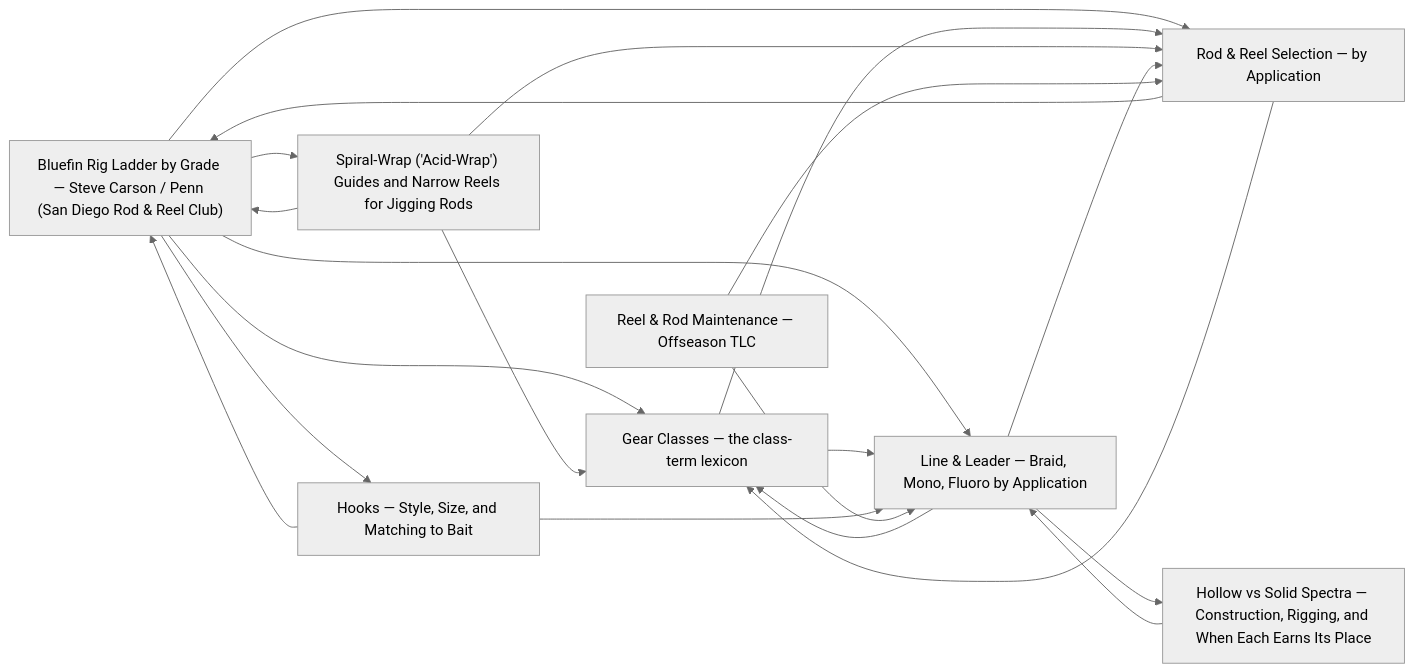
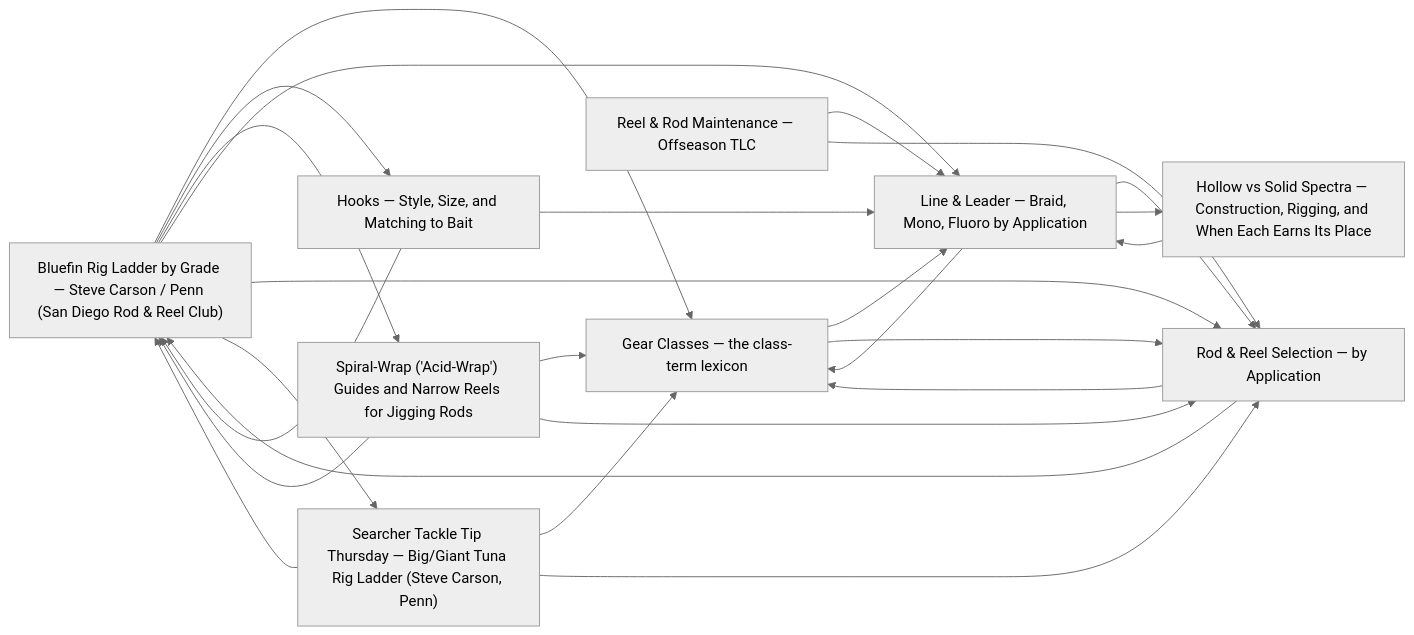
The diagram in tackle/README.md (camchuckpete-max/Socal-Fishing-Knowledge), drawn with Mermaid (neutral theme) before and after one commit. The commit also changed other lines of this file and 12 other files, not shown here.

````diff
--- a/tackle/README.md
+++ b/tackle/README.md
@@ -21,31 +22,36 @@
 ```mermaid
 graph LR
   n0["Bluefin Rig Ladder by Grade — Steve Carson / Penn (San Diego Rod & Reel Club)"]
   n1["Gear Classes — the class-term lexicon"]
   n2["Hooks — Style, Size, and Matching to Bait"]
   n3["Spiral-Wrap ('Acid-Wrap') Guides and Narrow Reels for Jigging Rods"]
   n4["Line & Leader — Braid, Mono, Fluoro by Application"]
   n5["Reel & Rod Maintenance — Offseason TLC"]
   n6["Rod & Reel Selection — by Application"]
-  n7["Hollow vs Solid Spectra — Construction, Rigging, and When Each Earns Its Place"]
+  n7["Searcher Tackle Tip Thursday — Big/Giant Tuna Rig Ladder (Steve Carson, Penn)"]
+  n8["Hollow vs Solid Spectra — Construction, Rigging, and When Each Earns Its Place"]
   n0 --> n1
   n0 --> n2
   n0 --> n3
   n0 --> n4
   n0 --> n6
+  n0 --> n7
   n1 --> n4
   n1 --> n6
   n2 --> n0
   n2 --> n4
   n3 --> n0
   n3 --> n1
   n3 --> n6
   n4 --> n1
   n4 --> n6
-  n4 --> n7
+  n4 --> n8
   n5 --> n4
   n5 --> n6
   n6 --> n0
   n6 --> n1
-  n7 --> n4
+  n7 --> n0
+  n7 --> n1
+  n7 --> n6
+  n8 --> n4
 ```
````
